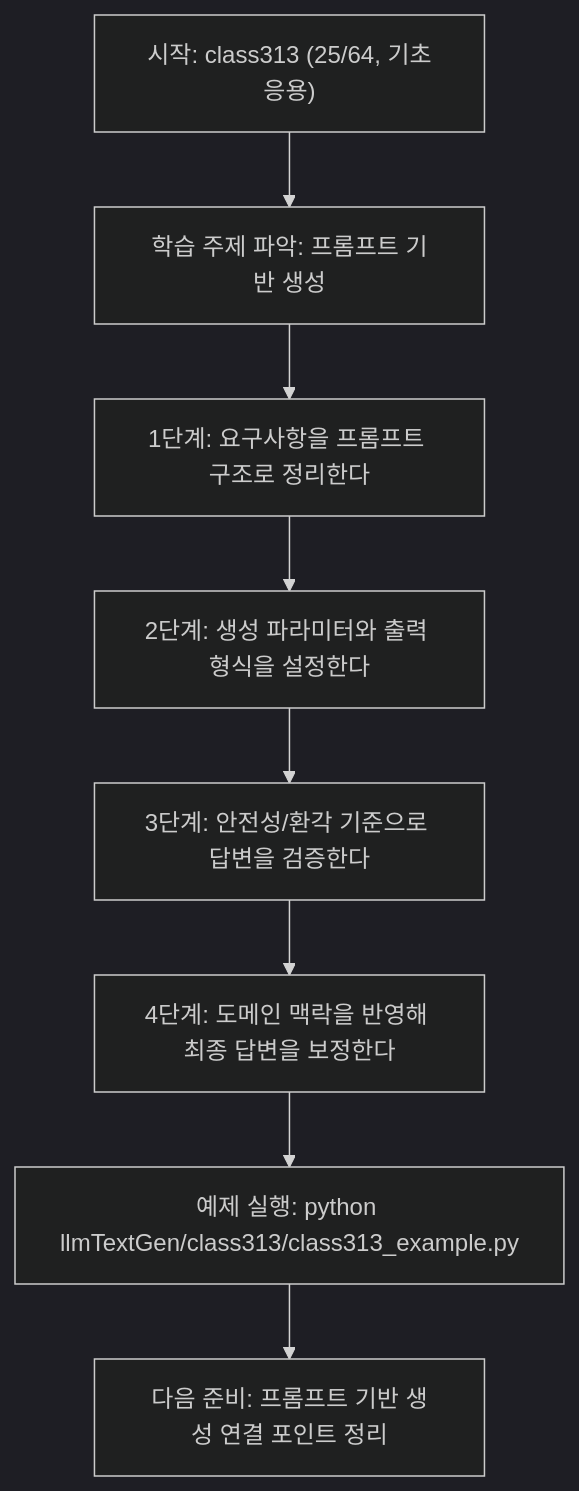
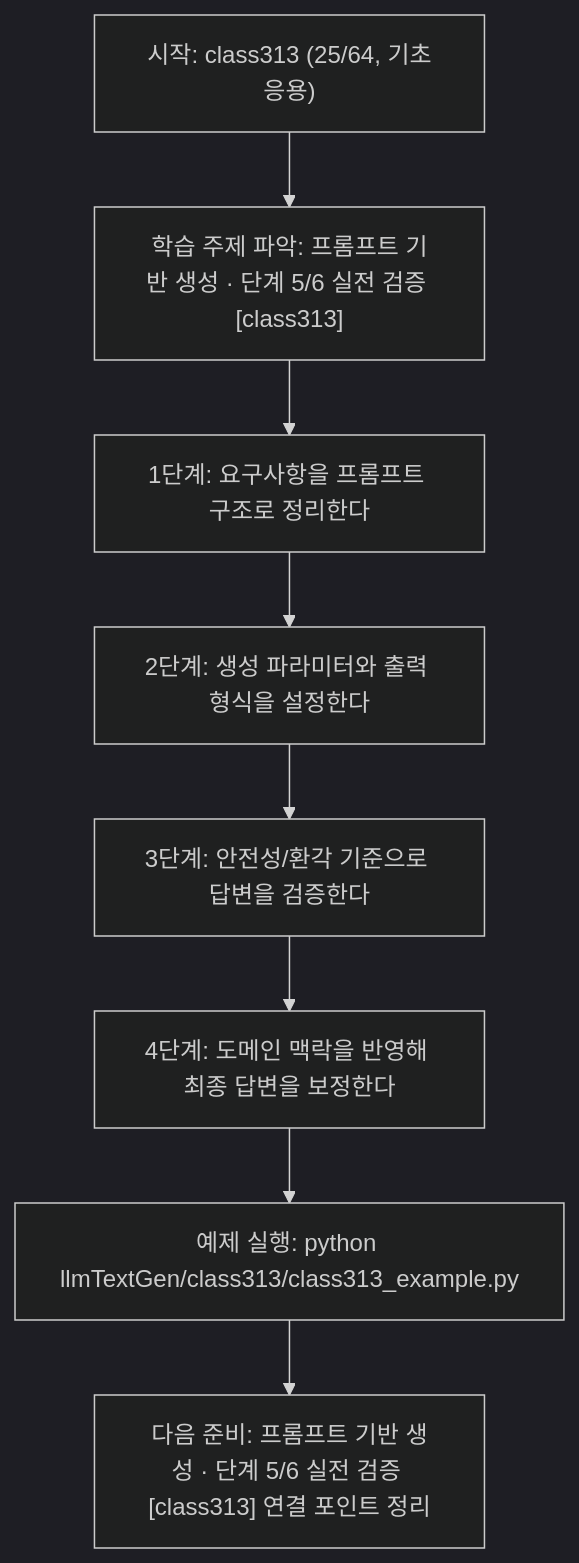
The diagram in llmTextGen/class313/class313.md (edumgt/Python-AI_Agent-Class), drawn with Mermaid (dark theme) before and after one commit. The commit also changed other lines of this file and 522 other files, not shown here.

````diff
--- a/llmTextGen/class313/class313.md
+++ b/llmTextGen/class313/class313.md
@@ -113,18 +114,18 @@
 ```mermaid
 flowchart TD
 N1["시작: class313 (25/64, 기초응용)"]
-N2["학습 주제 파악: 프롬프트 기반 생성"]
+N2["학습 주제 파악: 프롬프트 기반 생성 · 단계 5/6 실전 검증 [class313]"]
 N3["1단계: 요구사항을 프롬프트 구조로 정리한다"]
 N4["2단계: 생성 파라미터와 출력 형식을 설정한다"]
 N5["3단계: 안전성/환각 기준으로 답변을 검증한다"]
 N6["4단계: 도메인 맥락을 반영해 최종 답변을 보정한다"]
 N7["예제 실행: python llmTextGen/class313/class313_example.py"]
-N8["다음 준비: 프롬프트 기반 생성 연결 포인트 정리"]
+N8["다음 준비: 프롬프트 기반 생성 · 단계 5/6 실전 검증 [class313] 연결 포인트 정리"]
 N1 --> N2
 N2 --> N3
 N3 --> N4
 N4 --> N5
 N5 --> N6
 N6 --> N7
 N7 --> N8
 ```
````
